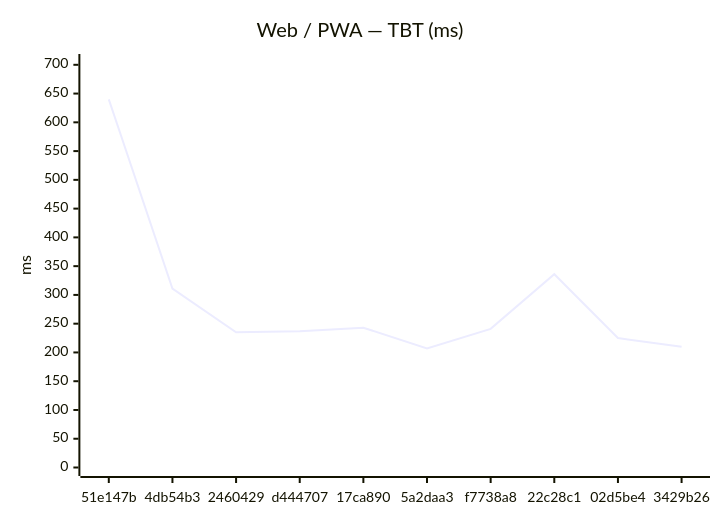
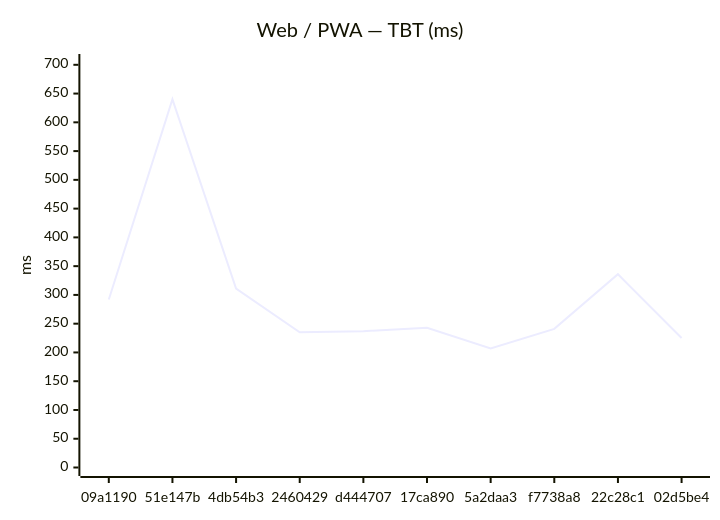
The second of 18 diagrams in benchmarks/compare.md (Metaheurist/Rianell), drawn with Mermaid before and after one commit. The commit also changed other lines of this file and 11 other files, not shown here.

````diff
--- a/benchmarks/compare.md
+++ b/benchmarks/compare.md
@@ -31,7 +31,7 @@
 ```mermaid
 xychart-beta
     title "Web / PWA — TBT (ms)"
-    x-axis ["51e147b", "4db54b3", "2460429", "d444707", "17ca890", "5a2daa3", "f7738a8", "22c28c1", "02d5be4", "3429b26"]
+    x-axis ["09a1190", "51e147b", "4db54b3", "2460429", "d444707", "17ca890", "5a2daa3", "f7738a8", "22c28c1", "02d5be4"]
     y-axis "ms" 0 --> 704
-    line [640, 311, 235, 237, 243, 207, 241, 336, 225, 210]
+    line [292, 640, 311, 235, 237, 243, 207, 241, 336, 225]
 ```
````
